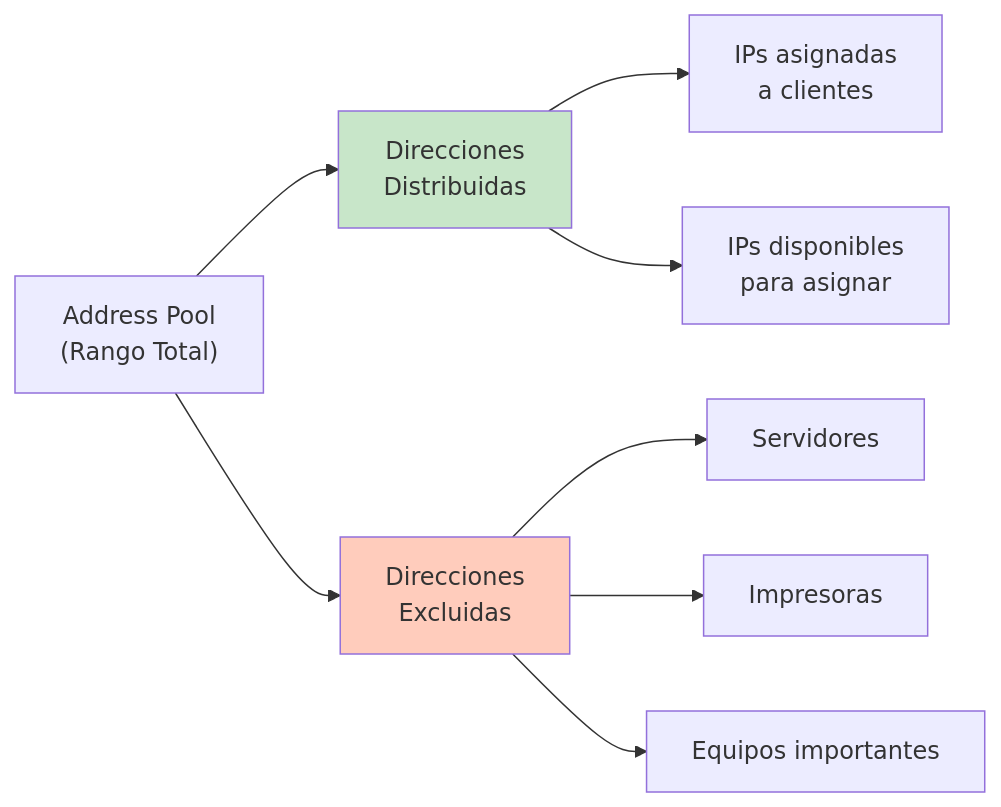
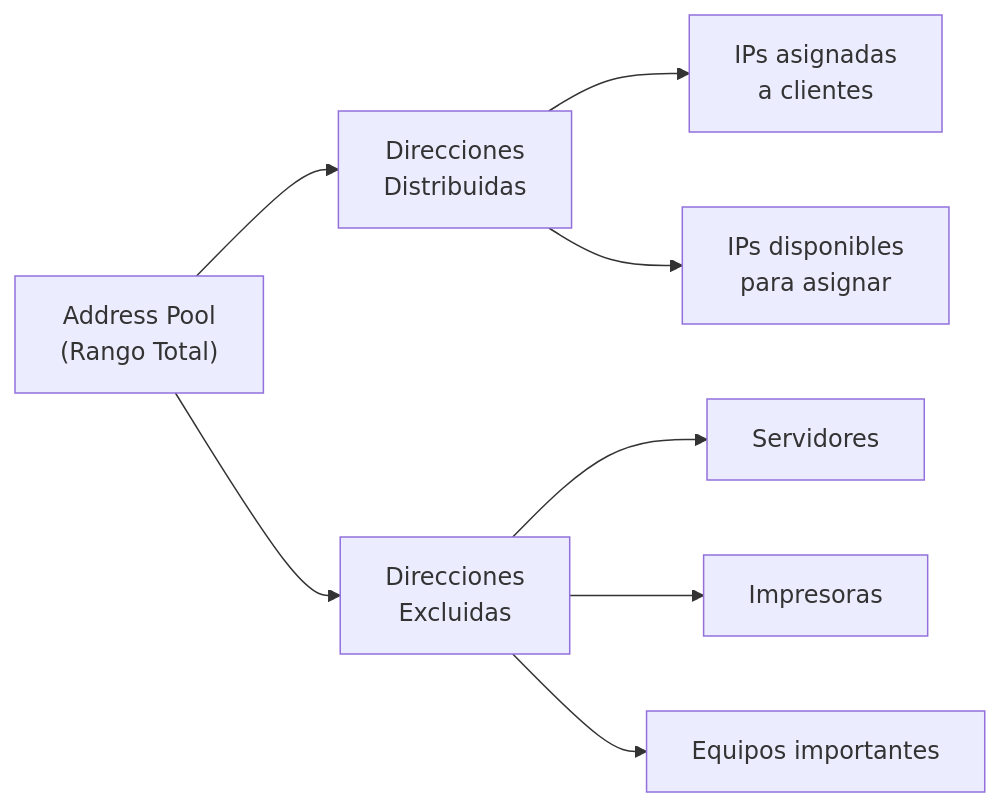
The seventh of 11 diagrams in INF423-Redes-II/Apuntes/2026-03-24-Segunda-Clase.md (chacaejosue/UAGRM-Semestre-I-2026), drawn with Mermaid before and after one commit. The commit also changed other lines of this file, not shown here.

Commit message:
Corregir problemas en los diagramas con poco contraste

````diff
--- a/INF423-Redes-II/Apuntes/2026-03-24-Segunda-Clase.md
+++ b/INF423-Redes-II/Apuntes/2026-03-24-Segunda-Clase.md
@@ -327,15 +320,12 @@
 ```mermaid
 graph LR
     A["Address Pool<br/>(Rango Total)"] --> B["Direcciones<br/>Distribuidas"]
     A --> C["Direcciones<br/>Excluidas"]
     
     B --> B1["IPs asignadas<br/>a clientes"]
     B --> B2["IPs disponibles<br/>para asignar"]
     
     C --> C1["Servidores"]
     C --> C2["Impresoras"]
     C --> C3["Equipos importantes"]
-    
-    style B fill:#c8e6c9
-    style C fill:#ffccbc
 ```
````
